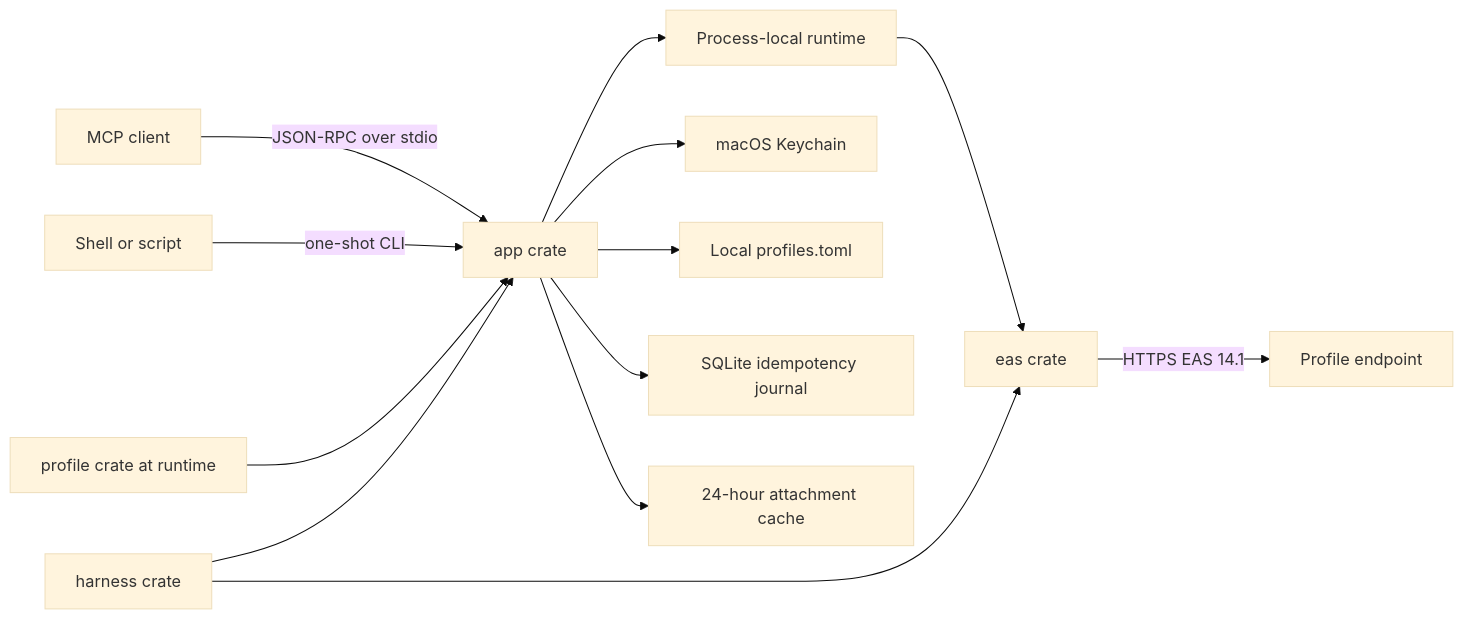
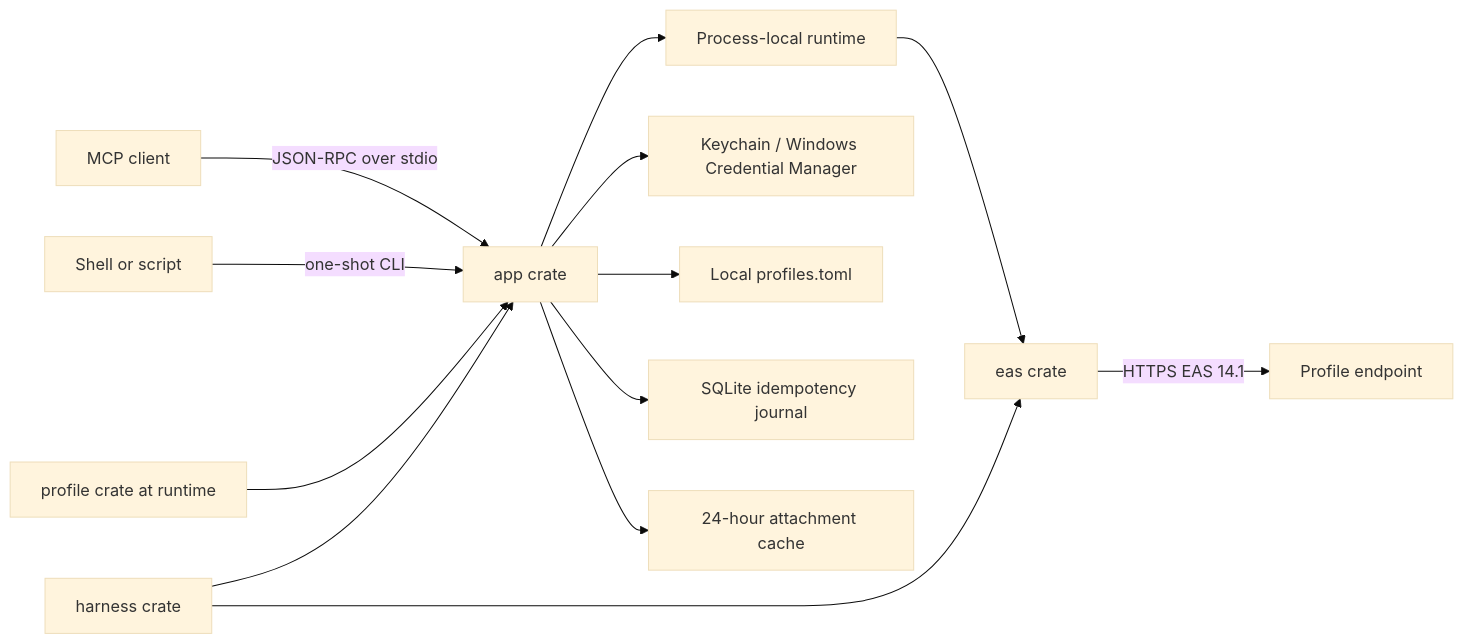
One commit to Acrom7/eas-mail-mcp changed the diagram in docs/architecture.md. Above: the diagram before and after it, drawn with Mermaid (base theme). The commit also changed other lines of this file and 46 other files, not shown here.

````diff
--- a/docs/architecture.md
+++ b/docs/architecture.md
@@ -5,15 +5,15 @@
 ```mermaid
 flowchart LR
     Client["MCP client"] -->|"JSON-RPC over stdio"| App["app crate"]
     Shell["Shell or script"] -->|"one-shot CLI"| App
     App --> Runtime["Process-local runtime"]
     Runtime --> Eas["eas crate"]
     Eas -->|"HTTPS EAS 14.1"| Exchange["Profile endpoint"]
-    App --> Keychain["macOS Keychain"]
+    App --> Credentials["Keychain / Windows Credential Manager"]
     App --> Profiles["Local profiles.toml"]
     App --> Journal["SQLite idempotency journal"]
     App --> Attachments["24-hour attachment cache"]
     Profile["profile crate at runtime"] --> App
     Harness["harness crate"] --> App
     Harness --> Eas
 ```
````
